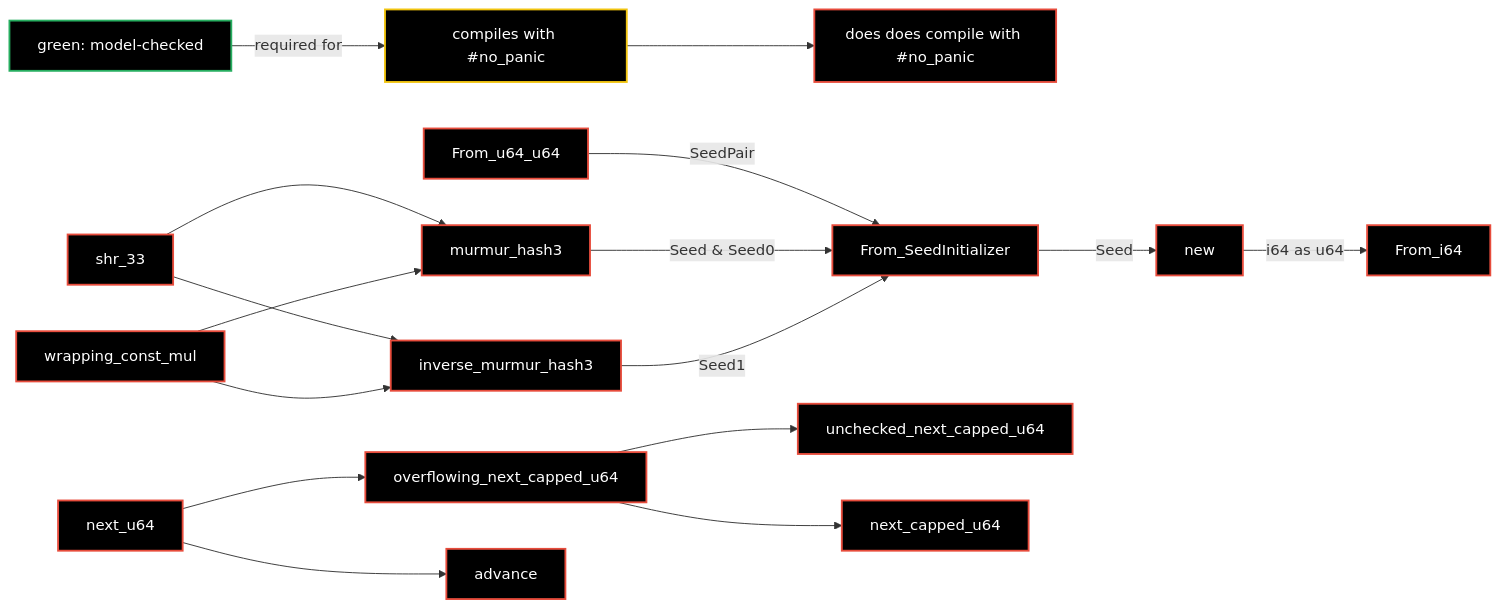
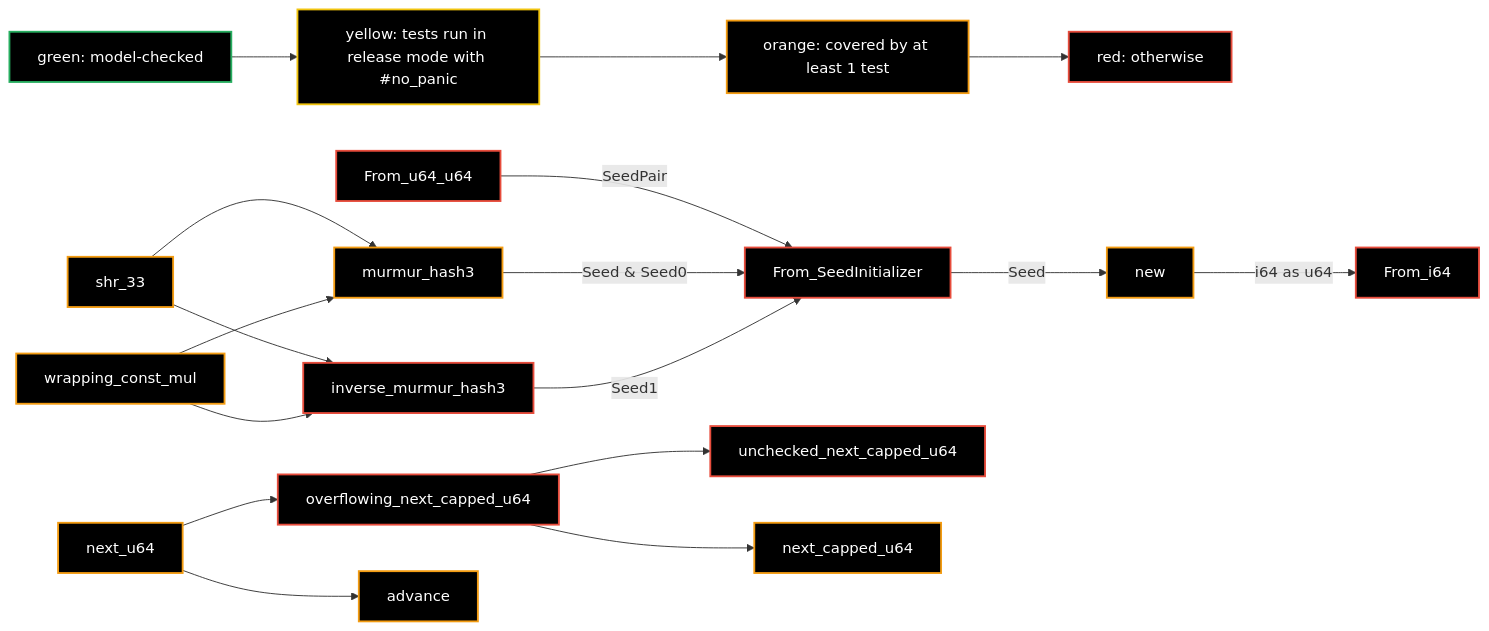
Before and after one commit to ariasanovsky/libgdx-xs128: the diagram in README.md, drawn with Mermaid. The commit also changed 2 other files, not shown here.

Commit message:
added 4th stage to diagram

````diff
--- a/README.md
+++ b/README.md
@@ -19,49 +19,52 @@
 ```mermaid
 graph LR;
     
     classDef Complete stroke:#27ae60, fill:#000, color:#fff, stroke-width:2px;
     classDef NoPanic stroke:#f1c40f, fill:#000, color:#fff, stroke-width:2px;
-    classDef Panics stroke:#e74c3c, fill:#000, color:#fff, stroke-width:2px;
+    classDef Tested stroke:#f39c12, fill:#000, color:#fff, stroke-width:2px;
+    classDef Untested stroke:#e74c3c, fill:#000, color:#fff, stroke-width:2px;
 
     Green[green: model-checked]:::Complete
-    --required for-->
-    Orange[compiles with #no_panic]:::NoPanic
     -->
-    Red[does does compile with #no_panic]:::Panics
+    Yellow[yellow: tests run in release mode with #no_panic]:::NoPanic
+    -->
+    Orange[orange: covered by at least 1 test]:::Tested
+    -->
+    Red[red: otherwise]:::Untested
     ;
     
-    From_u64_u64:::Panics;
-    new:::Panics;
-    From_SeedInitializer:::Panics;
-    murmur_hash3:::Panics;
-    inverse_murmur_hash3:::Panics;
-    shr_33:::Panics;
-    wrapping_const_mul:::Panics;
-    From_i64:::Panics;
+    From_u64_u64:::Untested;
+    new:::Tested;
+    From_SeedInitializer:::Untested;
+    murmur_hash3:::Tested;
+    inverse_murmur_hash3:::Untested;
+    shr_33:::Tested;
+    wrapping_const_mul:::Tested;
+    From_i64:::Untested;
 
     new --i64 as u64--> From_i64;
     From_SeedInitializer --Seed--> new;
 
     From_u64_u64 --SeedPair--> From_SeedInitializer;
     
     murmur_hash3 --Seed & Seed0--> From_SeedInitializer;
     inverse_murmur_hash3 --Seed1--> From_SeedInitializer;
 
 
     shr_33 --> murmur_hash3;
     shr_33 --> inverse_murmur_hash3;
     
     wrapping_const_mul --> murmur_hash3;
     wrapping_const_mul --> inverse_murmur_hash3;
 
-    next_u64:::Panics;
-    overflowing_next_capped_u64:::Panics;
-    advance:::Panics;
-    unchecked_next_capped_u64:::Panics;
-    next_capped_u64:::Panics;
+    next_u64:::Tested;
+    overflowing_next_capped_u64:::Untested;
+    advance:::Tested;
+    unchecked_next_capped_u64:::Untested;
+    next_capped_u64:::Tested;
 
     next_u64 --> overflowing_next_capped_u64;
     next_u64 --> advance;
     overflowing_next_capped_u64 --> unchecked_next_capped_u64;
     overflowing_next_capped_u64 --> next_capped_u64;
 ```
````
